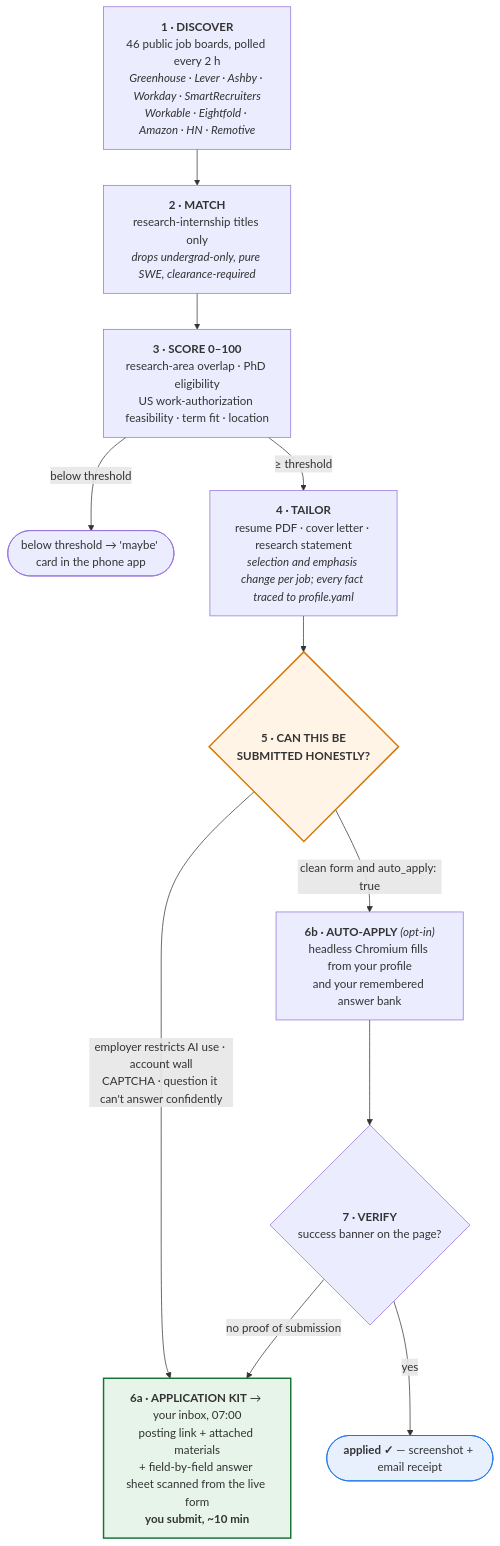
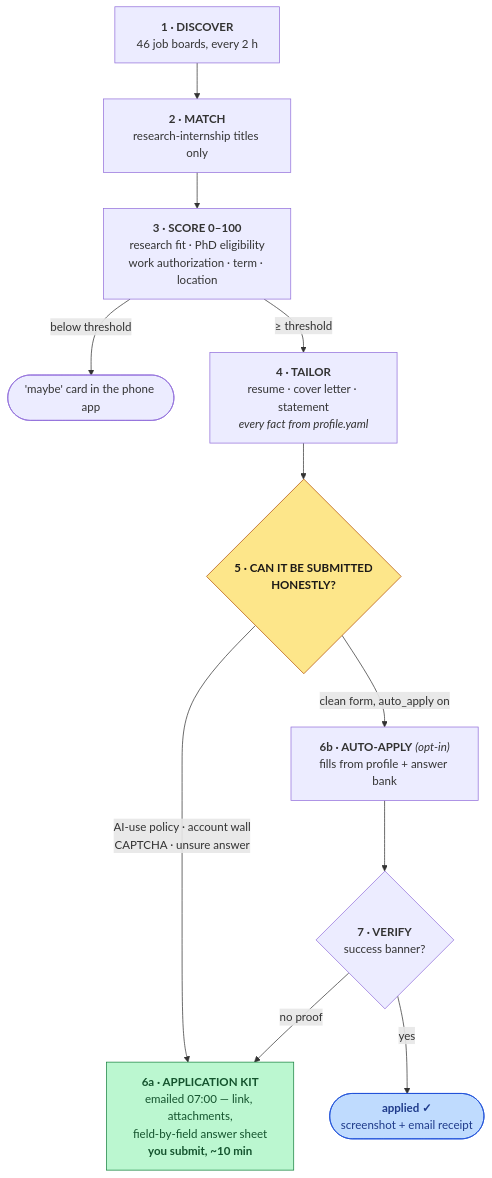
Before and after one commit to abhinavkochar9/jobbot: the diagram in README.md, drawn with Mermaid.

Commit message:
docs: tighten the workflow diagram and fix dark-mode contrast
GitHub renders mermaid in the reader's theme; the previous custom fills left
near-invisible text in dark mode. Styled nodes now set an explicit text colour,
and labels are shortened to fit GitHub's README column without hard wrapping.

````diff
--- a/README.md
+++ b/README.md
@@ -14,25 +14,25 @@
 ```mermaid
 flowchart TD
-    D["<b>1 · DISCOVER</b><br/>46 public job boards, polled every 2 h<br/><i>Greenhouse · Lever · Ashby · Workday · SmartRecruiters<br/>Workable · Eightfold · Amazon · HN · Remotive</i>"]
-    M["<b>2 · MATCH</b><br/>research-internship titles only<br/><i>drops undergrad-only, pure SWE, clearance-required</i>"]
-    S["<b>3 · SCORE 0–100</b><br/>research-area overlap · PhD eligibility<br/>US work-authorization feasibility · term fit · location"]
-    SK(["below threshold → 'maybe' card in the phone app"])
-    T["<b>4 · TAILOR</b><br/>resume PDF · cover letter · research statement<br/><i>selection and emphasis change per job; every fact traced to profile.yaml</i>"]
-    G{"<b>5 · CAN THIS BE<br/>SUBMITTED HONESTLY?</b>"}
-    K["<b>6a · APPLICATION KIT</b> → your inbox, 07:00<br/>posting link + attached materials<br/>+ field-by-field answer sheet scanned from the live form<br/><b>you submit, ~10 min</b>"]
-    A["<b>6b · AUTO-APPLY</b> <i>(opt-in)</i><br/>headless Chromium fills from your profile<br/>and your remembered answer bank"]
-    V{"<b>7 · VERIFY</b><br/>success banner on the page?"}
-    R(["<b>applied ✓</b> — screenshot + email receipt"])
+    D["<b>1 · DISCOVER</b><br/>46 job boards, every 2 h"]
+    M["<b>2 · MATCH</b><br/>research-internship titles only"]
+    S["<b>3 · SCORE 0–100</b><br/>research fit · PhD eligibility<br/>work authorization · term · location"]
+    SK(["'maybe' card in the phone app"])
+    T["<b>4 · TAILOR</b><br/>resume · cover letter · statement<br/><i>every fact from profile.yaml</i>"]
+    G{"<b>5 · CAN IT BE SUBMITTED<br/>HONESTLY?</b>"}
+    K["<b>6a · APPLICATION KIT</b><br/>emailed 07:00 — link, attachments,<br/>field-by-field answer sheet<br/><b>you submit, ~10 min</b>"]
+    A["<b>6b · AUTO-APPLY</b> <i>(opt-in)</i><br/>fills from profile + answer bank"]
+    V{"<b>7 · VERIFY</b><br/>success banner?"}
+    R(["<b>applied ✓</b><br/>screenshot + email receipt"])
 
     D --> M --> S
     S -->|"below threshold"| SK
     S -->|"≥ threshold"| T --> G
-    G -->|"employer restricts AI use · account wall<br/>CAPTCHA · question it can't answer confidently"| K
-    G -->|"clean form and auto_apply: true"| A --> V
+    G -->|"AI-use policy · account wall<br/>CAPTCHA · unsure answer"| K
+    G -->|"clean form, auto_apply on"| A --> V
     V -->|yes| R
-    V -->|"no proof of submission"| K
+    V -->|"no proof"| K
 
-    style G fill:#fff4e6,stroke:#d97706,stroke-width:2px
-    style K fill:#e6f4ea,stroke:#137333,stroke-width:2px
-    style R fill:#e8f0fe,stroke:#1a73e8
+    style G fill:#fde68a,stroke:#b45309,color:#1c1917
+    style K fill:#bbf7d0,stroke:#15803d,color:#14532d
+    style R fill:#bfdbfe,stroke:#1d4ed8,color:#1e3a8a
 ```
````
